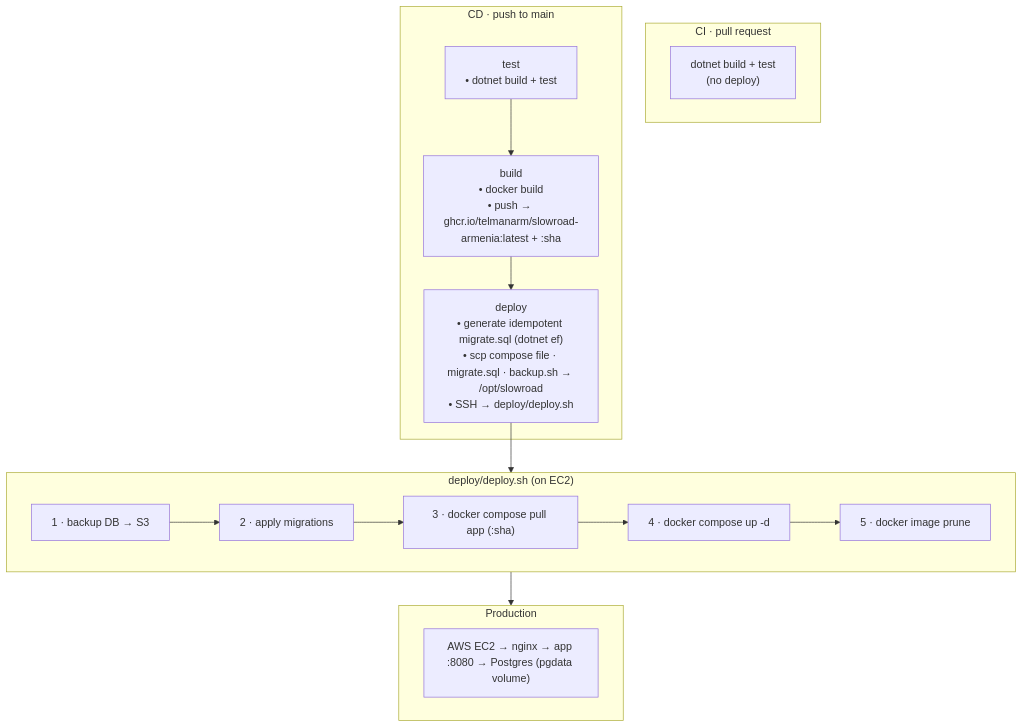
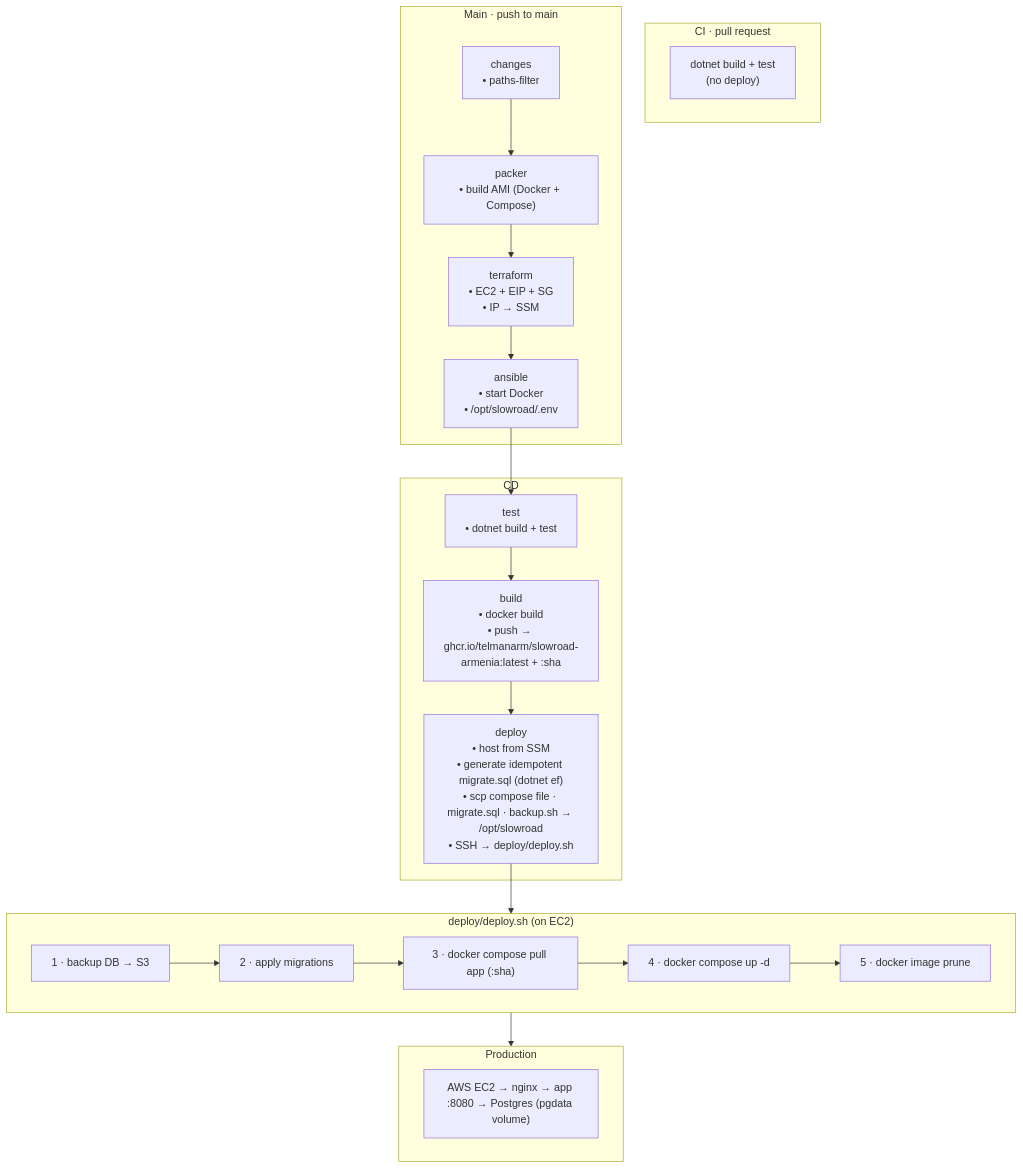
One commit to TelmanArm/slowroad-armenia changed the diagram in README.md. Above: the diagram before and after it, drawn with Mermaid. The commit also changed other lines of this file and 3 other files, not shown here.

````diff
--- a/README.md
+++ b/README.md
@@ -30,28 +86,37 @@
 ```mermaid
 flowchart TD
     subgraph CI["CI · pull request"]
         A["dotnet build + test<br/>(no deploy)"]
     end
 
-    subgraph CD["CD · push to main"]
+    subgraph MAIN["Main · push to main"]
+        CH["changes<br/>• paths-filter"]
+        PK["packer<br/>• build AMI (Docker + Compose)"]
+        TF["terraform<br/>• EC2 + EIP + SG<br/>• IP → SSM"]
+        AN["ansible<br/>• start Docker<br/>• /opt/slowroad/.env"]
+        CH --> PK --> TF --> AN
+    end
+
+    subgraph CD["CD"]
         B["test<br/>• dotnet build + test"]
         C["build<br/>• docker build<br/>• push → ghcr.io/telmanarm/slowroad-armenia:latest + :sha"]
-        D["deploy<br/>• generate idempotent migrate.sql (dotnet ef)<br/>• scp compose file · migrate.sql · backup.sh → /opt/slowroad<br/>• SSH → deploy/deploy.sh"]
+        D["deploy<br/>• host from SSM<br/>• generate idempotent migrate.sql (dotnet ef)<br/>• scp compose file · migrate.sql · backup.sh → /opt/slowroad<br/>• SSH → deploy/deploy.sh"]
         B --> C --> D
     end
 
     subgraph SH["deploy/deploy.sh (on EC2)"]
         S1["1 · backup DB → S3"]
         S2["2 · apply migrations"]
         S3["3 · docker compose pull app (:sha)"]
         S4["4 · docker compose up -d"]
         S5["5 · docker image prune"]
         S1 --> S2 --> S3 --> S4 --> S5
     end
 
     subgraph PROD["Production"]
         P["AWS EC2 → nginx → app :8080 → Postgres (pgdata volume)"]
     end
 
+    AN --> B
     D --> SH --> PROD
 ```
````
